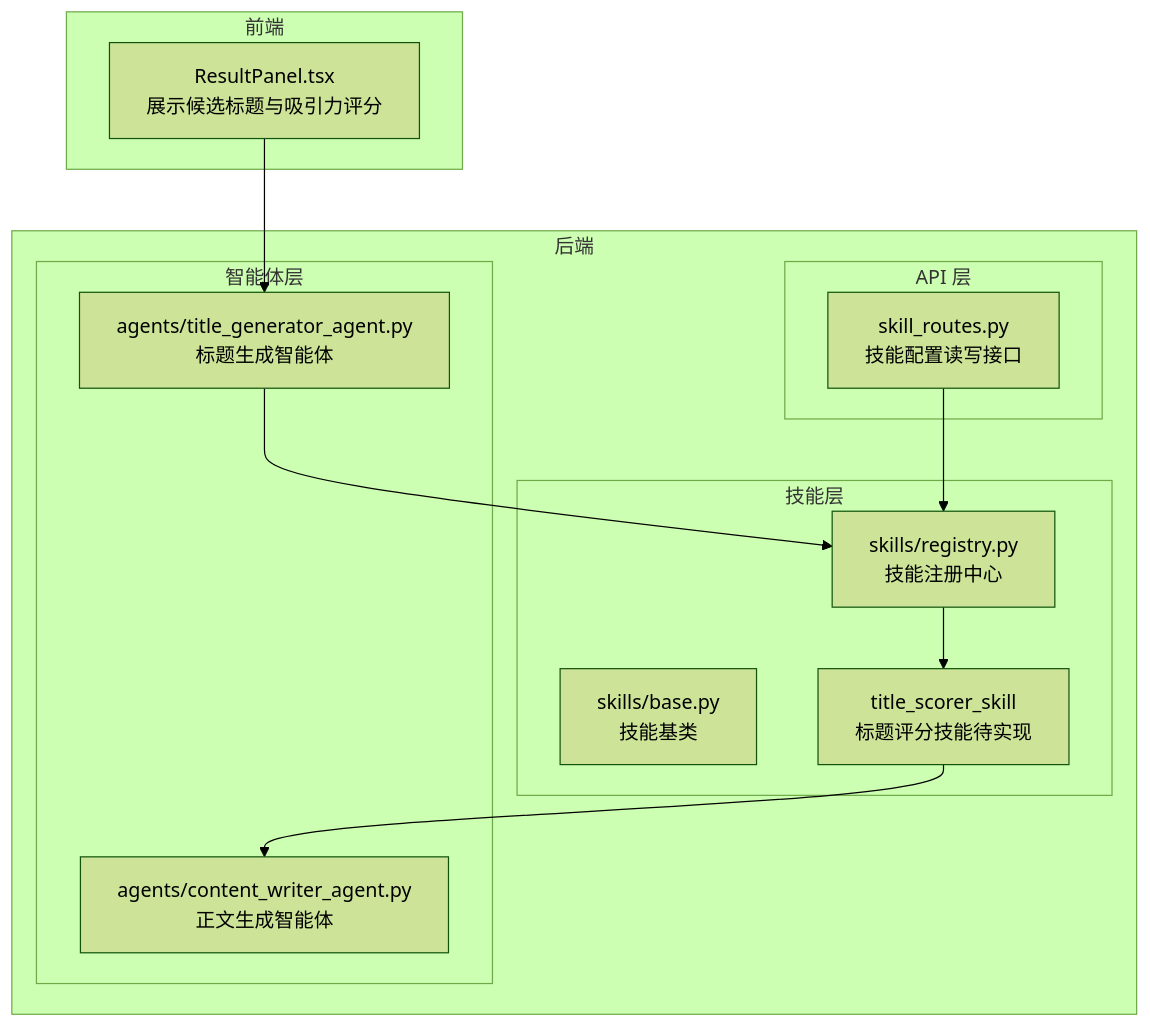
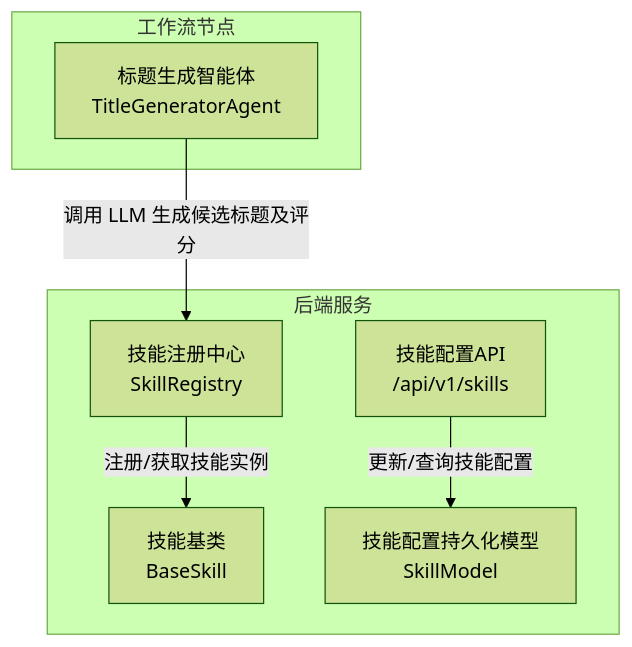
The first of 5 diagrams in .qoder/repowiki/zh/content/技能系统/内置技能实现/标题评分技能.md (sansansansansan2022-web/hotclaw), drawn with Mermaid (forest theme) before and after one commit. The commit also changed other lines of this file and 288 other files, not shown here.

````diff
--- a/.qoder/repowiki/zh/content/技能系统/内置技能实现/标题评分技能.md
+++ b/.qoder/repowiki/zh/content/技能系统/内置技能实现/标题评分技能.md
@@ -39,25 +32,15 @@
 ```mermaid
 graph TB
-subgraph "前端"
-RP["ResultPanel.tsx<br/>展示候选标题与吸引力评分"]
+subgraph "后端服务"
+A["技能注册中心<br/>SkillRegistry"]
+B["技能基类<br/>BaseSkill"]
+C["技能配置API<br/>/api/v1/skills"]
+D["技能配置持久化模型<br/>SkillModel"]
 end
-subgraph "后端"
-subgraph "API 层"
-SR["skill_routes.py<br/>技能配置读写接口"]
+subgraph "工作流节点"
+E["标题生成智能体<br/>TitleGeneratorAgent"]
 end
-subgraph "技能层"
-BS["skills/base.py<br/>技能基类"]
-REG["skills/registry.py<br/>技能注册中心"]
-TS["title_scorer_skill<br/>标题评分技能待实现"]
-end
-subgraph "智能体层"
-TGA["agents/title_generator_agent.py<br/>标题生成智能体"]
-CWA["agents/content_writer_agent.py<br/>正文生成智能体"]
-end
-end
-RP --> TGA
-TGA --> REG
-REG --> TS
-SR --> REG
-TS --> CWA
+E --> |"调用 LLM 生成候选标题及评分"| A
+A --> |"注册/获取技能实例"| B
+C --> |"更新/查询技能配置"| D
 ```
````
